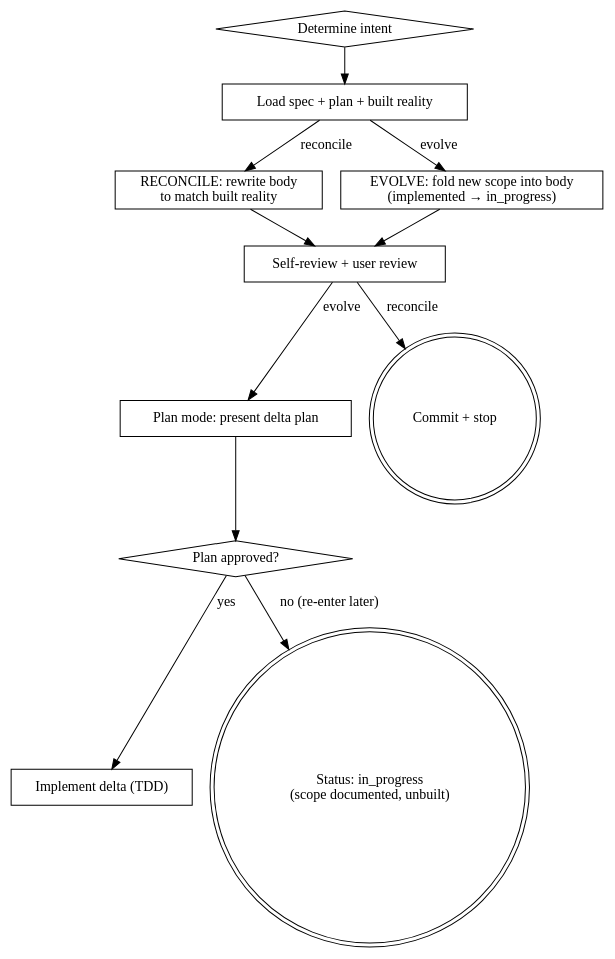
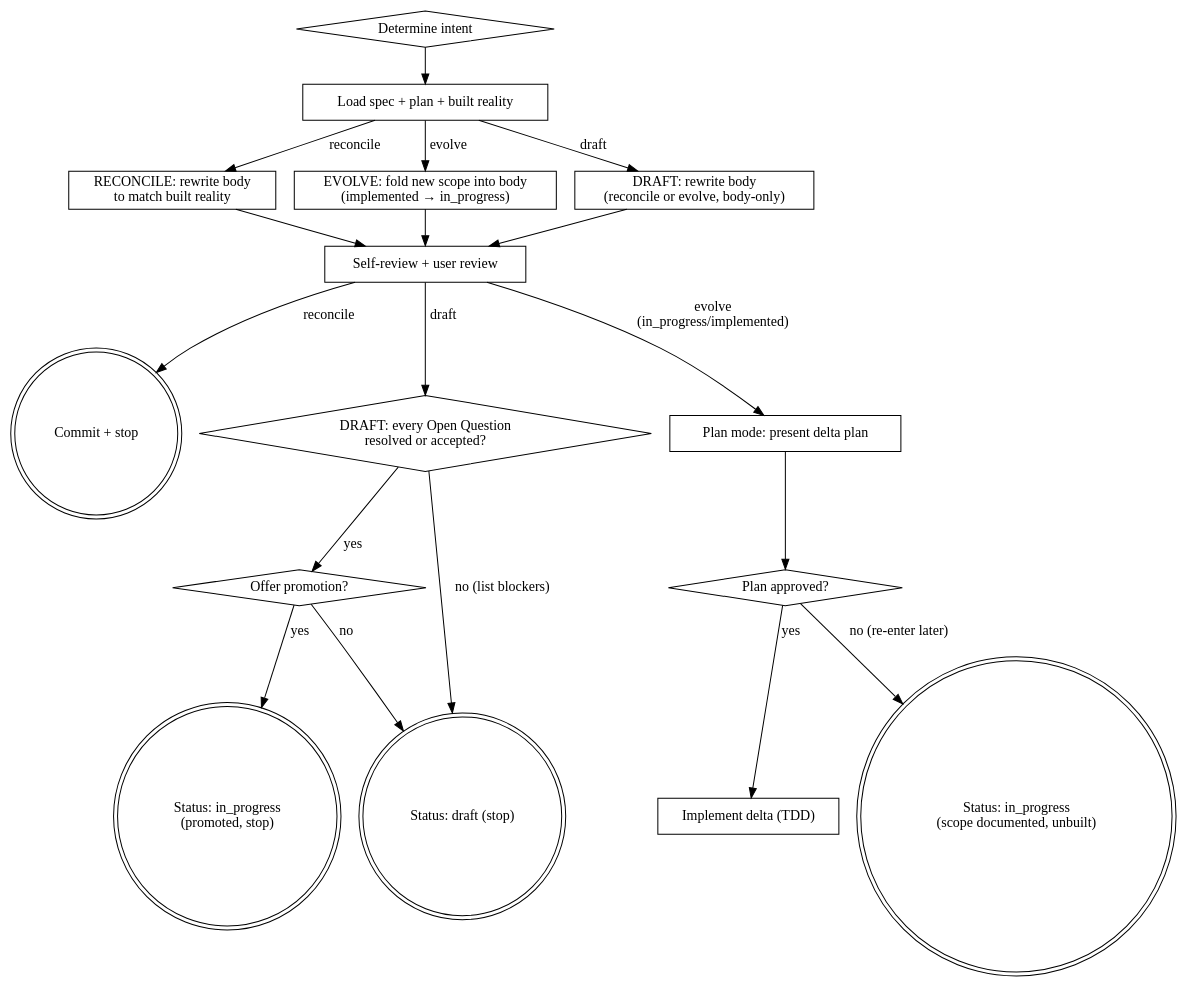
One commit to HumanBean17/superpowers changed the diagram in skills/spec-update/SKILL.md. Above: the diagram before and after it, drawn with Graphviz. The commit also changed other lines of this file and 4 other files, not shown here.

First line of the commit message:
feat(skills): spec-update accepts drafts — no-ceremony edits + terminal promotion (#11)

````diff
--- a/skills/spec-update/SKILL.md
+++ b/skills/spec-update/SKILL.md
@@ -125,26 +138,38 @@
 ```dot
 digraph spec_update {
     rankdir=TB;
     "Determine intent" [shape=diamond];
     "Load spec + plan + built reality" [shape=box];
     "RECONCILE: rewrite body\nto match built reality" [shape=box];
     "EVOLVE: fold new scope into body\n(implemented → in_progress)" [shape=box];
+    "DRAFT: rewrite body\n(reconcile or evolve, body-only)" [shape=box];
     "Self-review + user review" [shape=box];
+    "Commit + stop" [shape=doublecircle];
+    "DRAFT: every Open Question\nresolved or accepted?" [shape=diamond];
+    "Offer promotion?" [shape=diamond];
+    "Status: in_progress\n(promoted, stop)" [shape=doublecircle];
+    "Status: draft (stop)" [shape=doublecircle];
     "Plan mode: present delta plan" [shape=box];
     "Plan approved?" [shape=diamond];
     "Implement delta (TDD)" [shape=box];
-    "Commit + stop" [shape=doublecircle];
     "Status: in_progress\n(scope documented, unbuilt)" [shape=doublecircle];
 
     "Determine intent" -> "Load spec + plan + built reality";
     "Load spec + plan + built reality" -> "RECONCILE: rewrite body\nto match built reality" [label="reconcile"];
     "Load spec + plan + built reality" -> "EVOLVE: fold new scope into body\n(implemented → in_progress)" [label="evolve"];
+    "Load spec + plan + built reality" -> "DRAFT: rewrite body\n(reconcile or evolve, body-only)" [label="draft"];
     "RECONCILE: rewrite body\nto match built reality" -> "Self-review + user review";
     "EVOLVE: fold new scope into body\n(implemented → in_progress)" -> "Self-review + user review";
+    "DRAFT: rewrite body\n(reconcile or evolve, body-only)" -> "Self-review + user review";
     "Self-review + user review" -> "Commit + stop" [label="reconcile"];
-    "Self-review + user review" -> "Plan mode: present delta plan" [label="evolve"];
+    "Self-review + user review" -> "Plan mode: present delta plan" [label="evolve\n(in_progress/implemented)"];
+    "Self-review + user review" -> "DRAFT: every Open Question\nresolved or accepted?" [label="draft"];
+    "DRAFT: every Open Question\nresolved or accepted?" -> "Offer promotion?" [label="yes"];
+    "DRAFT: every Open Question\nresolved or accepted?" -> "Status: draft (stop)" [label="no (list blockers)"];
+    "Offer promotion?" -> "Status: in_progress\n(promoted, stop)" [label="yes"];
+    "Offer promotion?" -> "Status: draft (stop)" [label="no"];
     "Plan mode: present delta plan" -> "Plan approved?";
     "Plan approved?" -> "Implement delta (TDD)" [label="yes"];
     "Plan approved?" -> "Status: in_progress\n(scope documented, unbuilt)" [label="no (re-enter later)"];
 }
 ```
````
